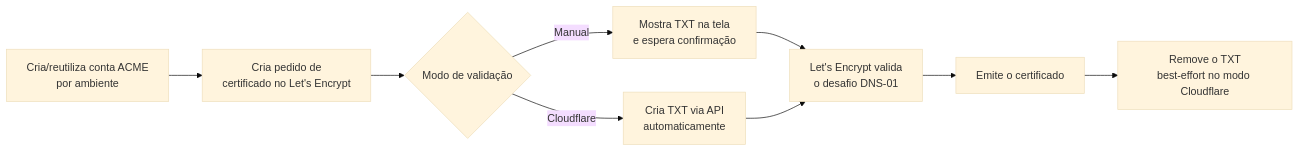
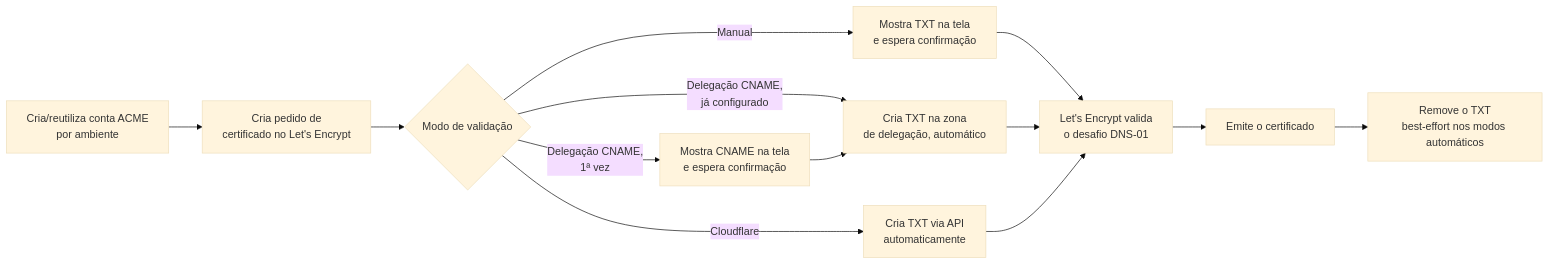
The second of 2 diagrams in README.md (FJK-20/cert-discovery), drawn with Mermaid (base theme) before and after one commit. The commit also changed other lines of this file and 9 other files, not shown here.

````diff
--- a/README.md
+++ b/README.md
@@ -183,11 +194,15 @@
 ```mermaid
 flowchart LR
     A[Cria/reutiliza conta ACME<br/>por ambiente] --> B[Cria pedido de<br/>certificado no Let's Encrypt]
     B --> C{Modo de validação}
     C -->|Manual| D1[Mostra TXT na tela<br/>e espera confirmação]
+    C -->|Delegação CNAME,<br/>1ª vez| D3a[Mostra CNAME na tela<br/>e espera confirmação]
+    C -->|Delegação CNAME,<br/>já configurado| D3b[Cria TXT na zona<br/>de delegação, automático]
     C -->|Cloudflare| D2[Cria TXT via API<br/>automaticamente]
     D1 --> E[Let's Encrypt valida<br/>o desafio DNS-01]
+    D3a --> D3b
+    D3b --> E
     D2 --> E
     E --> F[Emite o certificado]
-    F --> G[Remove o TXT<br/>best-effort no modo Cloudflare]
+    F --> G[Remove o TXT<br/>best-effort nos modos automáticos]
 ```
````
